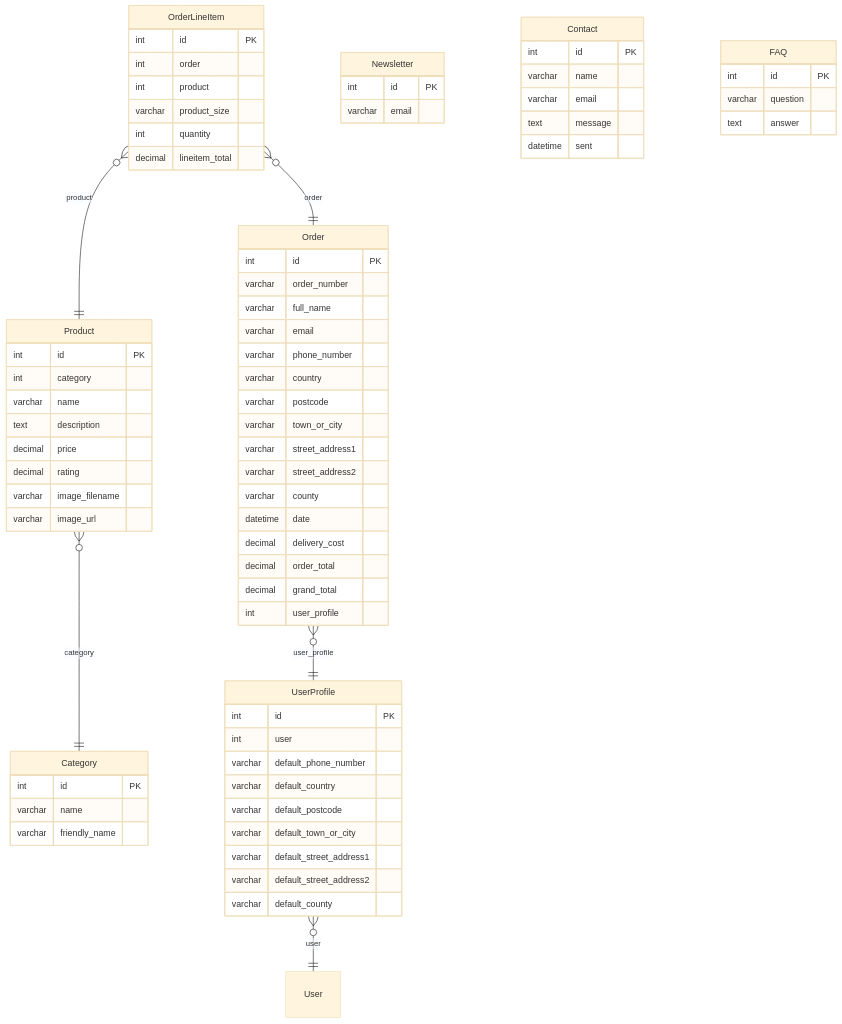
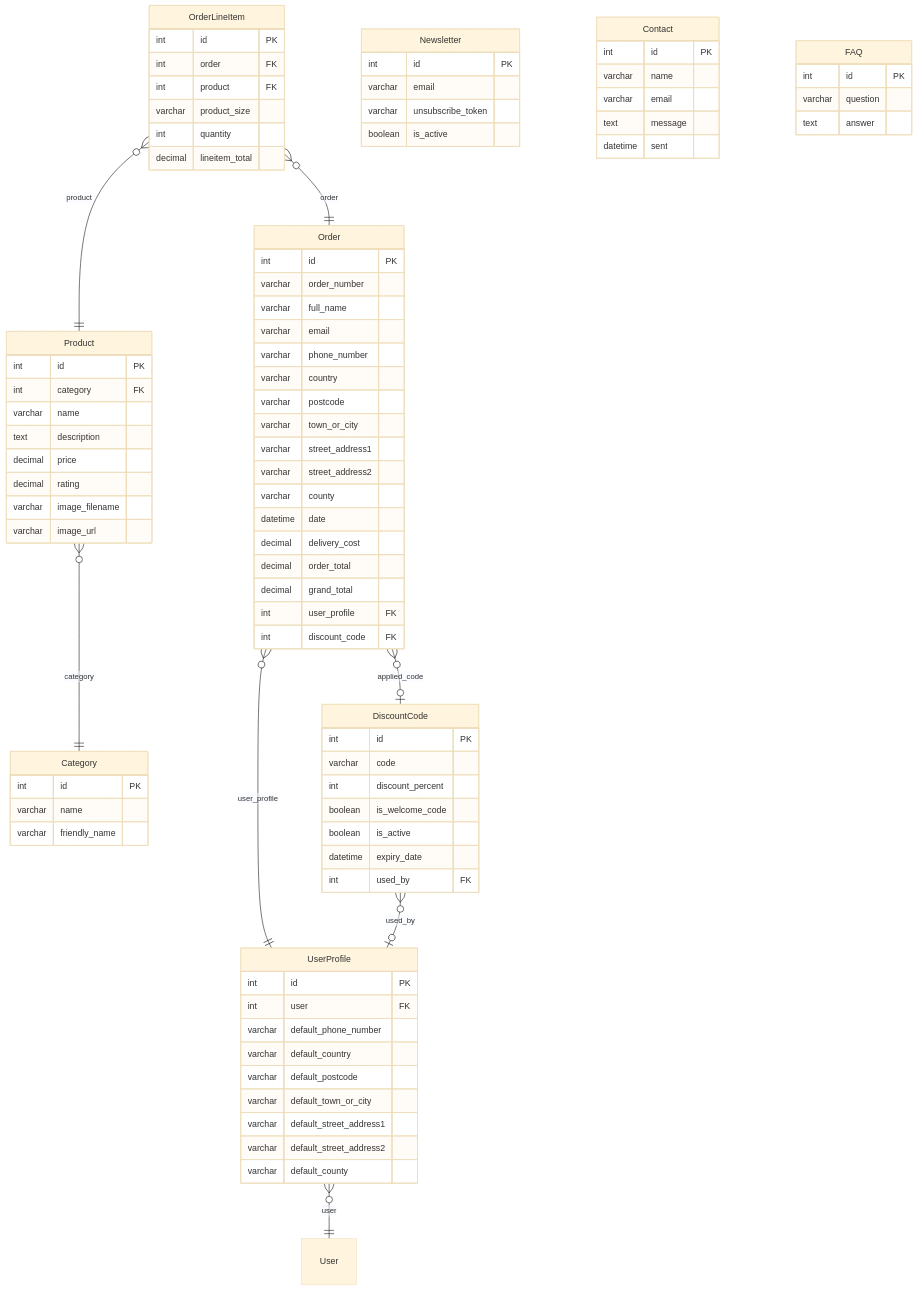
Before and after one commit to mairima/nourish: the diagram in README.md, drawn with Mermaid (base theme). The commit also changed other lines of this file and 20 other files, not shown here.

````diff
--- a/README.md
+++ b/README.md
@@ -381,7 +379,7 @@
 
     Product {
         int id PK
-        int category
+        int category FK
         varchar name
         text description
         decimal price
@@ -406,13 +404,14 @@
         decimal delivery_cost
         decimal order_total
         decimal grand_total
-        int user_profile
+        int user_profile FK
+        int discount_code FK
     }
 
     OrderLineItem {
         int id PK
-        int order
-        int product
+        int order FK
+        int product FK
         varchar product_size
         int quantity
         decimal lineitem_total
@@ -420,7 +419,7 @@
 
     UserProfile {
         int id PK
-        int user
+        int user FK
         varchar default_phone_number
         varchar default_country
         varchar default_postcode
@@ -433,6 +432,18 @@
     Newsletter {
         int id PK
         varchar email
+        varchar unsubscribe_token
+        boolean is_active
+    }
+
+    DiscountCode {
+        int id PK
+        varchar code
+        int discount_percent
+        boolean is_welcome_code
+        boolean is_active
+        datetime expiry_date
+        int used_by FK
     }
 
     Contact {
@@ -449,9 +460,11 @@
         text answer
     }
 
-    Order }o--|| UserProfile : user_profile
-    OrderLineItem }o--|| Order : order
-    OrderLineItem }o--|| Product : product
-    Product }o--|| Category : category
-    UserProfile }o--|| User : user
+    Order }o--|| UserProfile : "user_profile"
+    Order }o--o| DiscountCode : "applied_code"
+    OrderLineItem }o--|| Order : "order"
+    OrderLineItem }o--|| Product : "product"
+    Product }o--|| Category : "category"
+    UserProfile }o--|| User : "user"
+    DiscountCode }o--o| UserProfile : "used_by"
 ```
````
